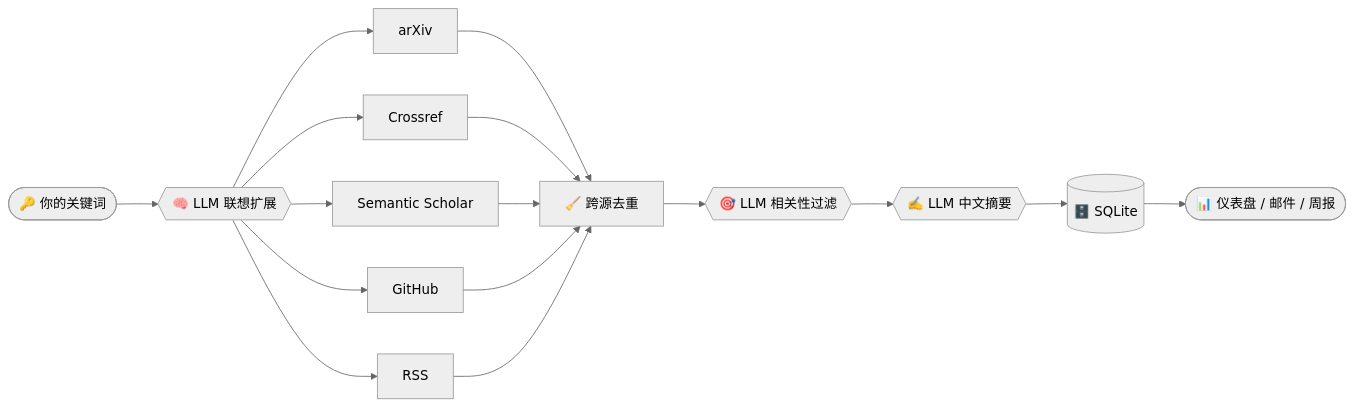
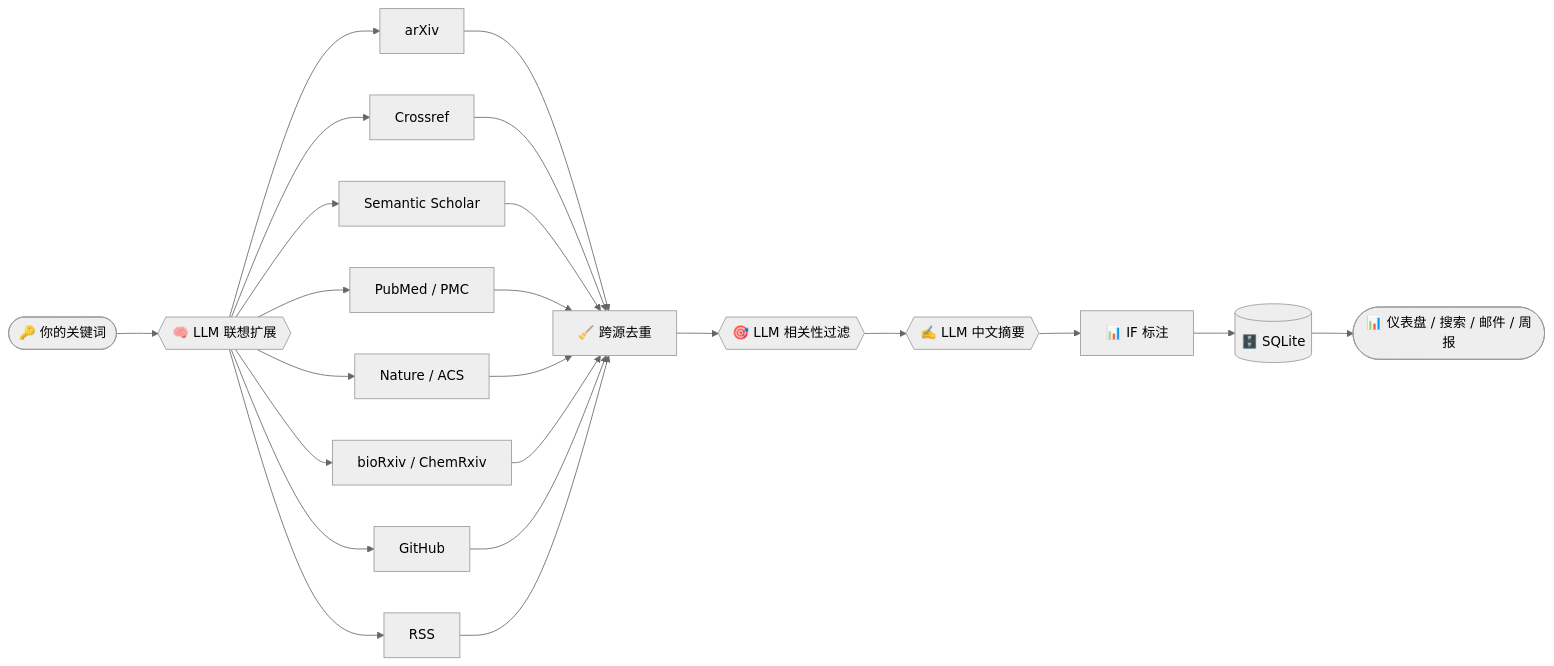
One commit to xieyying/auto-paper-collecter changed the diagram in README.md. Above: the diagram before and after it, drawn with Mermaid (neutral theme). The commit also changed other lines of this file and 25 other files, not shown here.

Commit message:
v2.0: 深度搜索、PubMed/PMC、Nature/ACS、影响因子、期刊限定、逐刊迭代

````diff
--- a/README.md
+++ b/README.md
@@ -105,18 +123,25 @@
 ```mermaid
 flowchart LR
     A([🔑 你的关键词]) --> B{{🧠 LLM 联想扩展}}
     B --> S1[arXiv]
     B --> S2[Crossref]
     B --> S3[Semantic Scholar]
-    B --> S4[GitHub]
-    B --> S5[RSS]
+    B --> S4[PubMed / PMC]
+    B --> S5[Nature / ACS]
+    B --> S6[bioRxiv / ChemRxiv]
+    B --> S7[GitHub]
+    B --> S8[RSS]
     S1 --> M[🧹 跨源去重]
     S2 --> M
     S3 --> M
     S4 --> M
     S5 --> M
+    S6 --> M
+    S7 --> M
+    S8 --> M
     M --> F{{🎯 LLM 相关性过滤}}
     F --> Z{{✍️ LLM 中文摘要}}
-    Z --> DB[(🗄️ SQLite)]
-    DB --> UI([📊 仪表盘 / 邮件 / 周报])
+    Z --> IF[📊 IF 标注]
+    IF --> DB[(🗄️ SQLite)]
+    DB --> UI([📊 仪表盘 / 搜索 / 邮件 / 周报])
 ```
````
